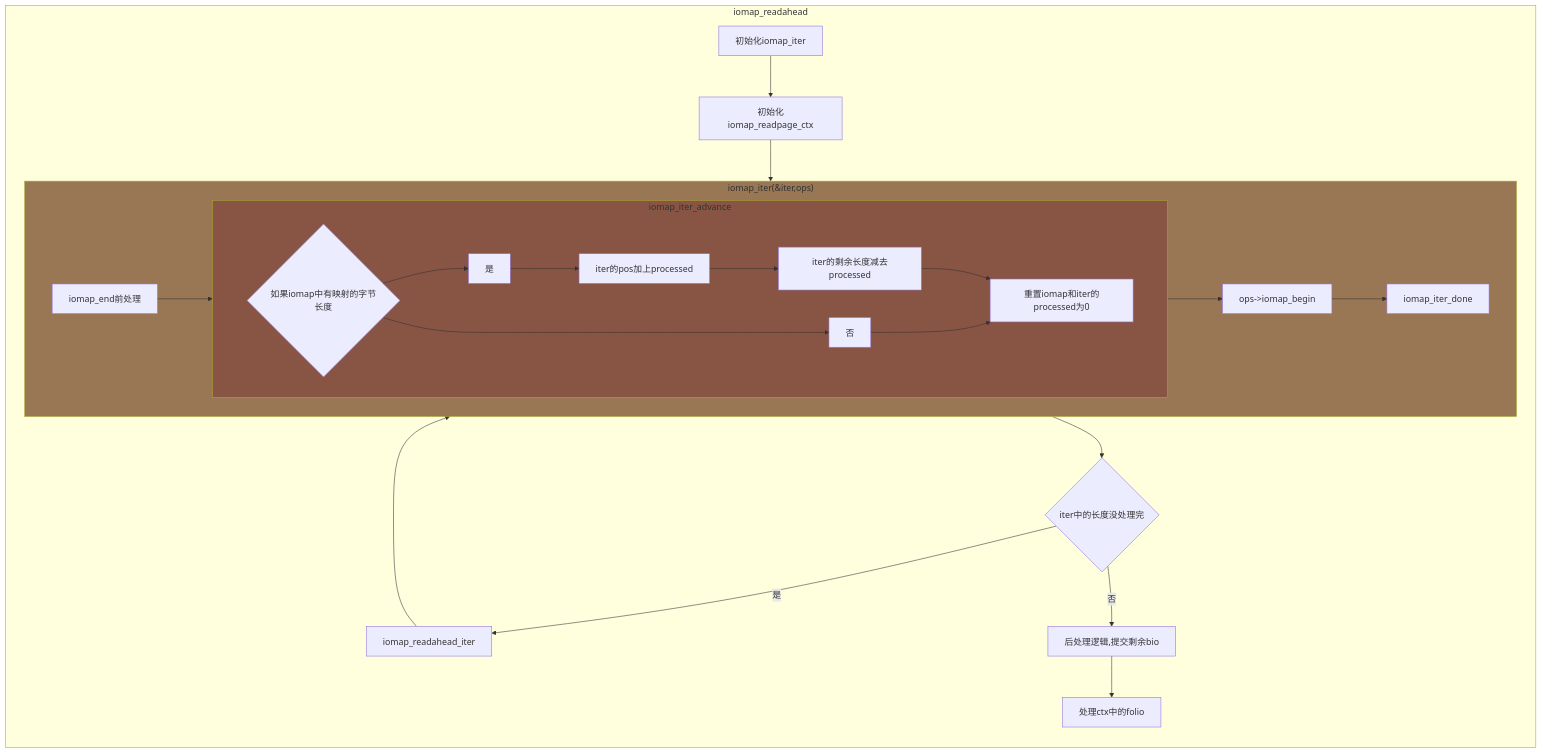
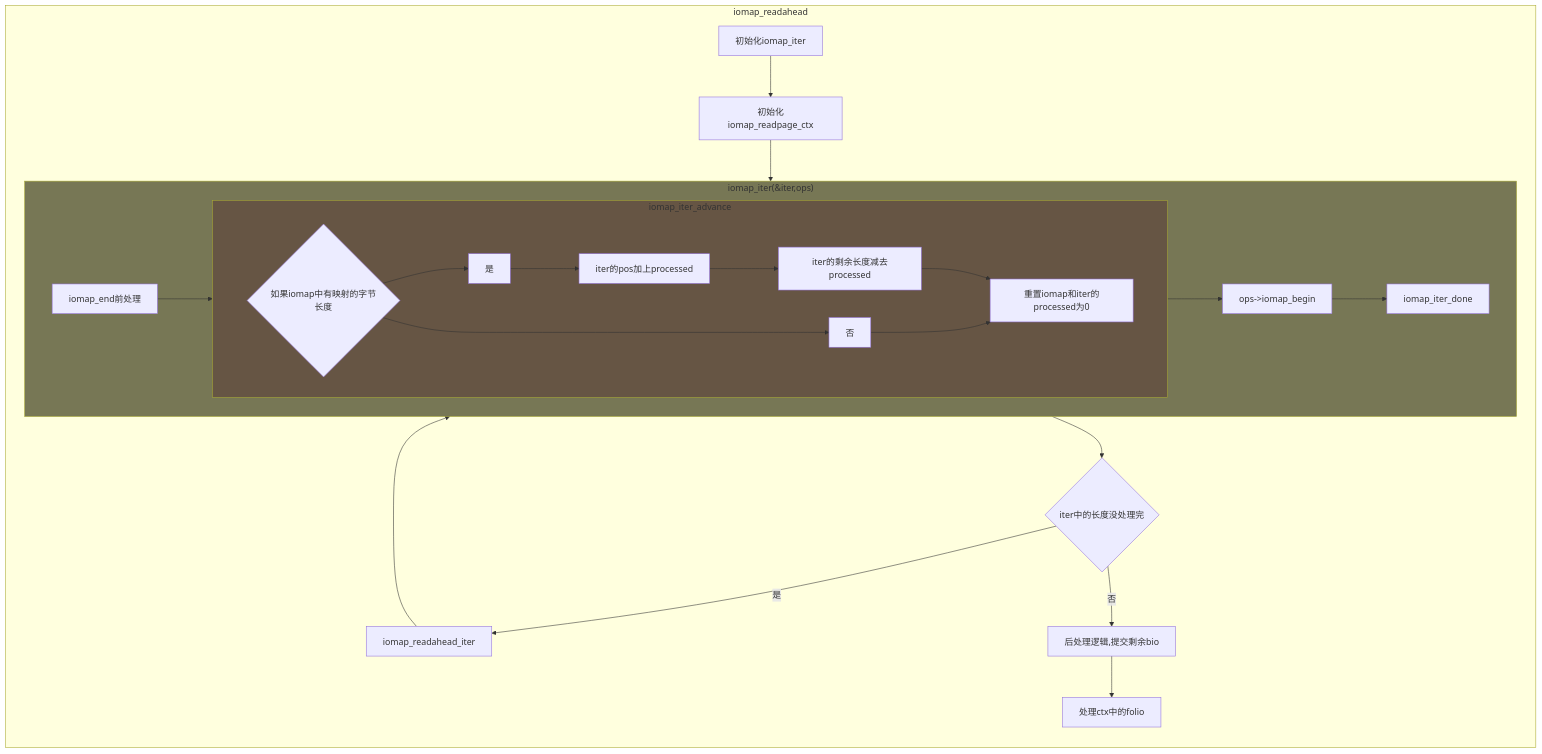
The diagram in 6.13.1内核文档注释/fs/iomap/buffered_io.c/README.md (sigmanature/learn_os_note), drawn with Mermaid before and after one commit.

````diff
--- a/6.13.1内核文档注释/fs/iomap/buffered_io.c/README.md
+++ b/6.13.1内核文档注释/fs/iomap/buffered_io.c/README.md
@@ -2,20 +2,20 @@
 ```mermaid
 graph LR
     subgraph c[iomap_iter_advance]
         1{如果iomap中有映射的字节长度}
         1-->是-->iter的pos加上processed-->iter的剩余长度减去processed-->2[重置iomap和iter的processed为0]
         1-->否-->2
     end
     subgraph b["iomap_iter(&iter,ops)"]
         G[iomap_end前处理]-->c-->I["ops->iomap_begin"]-->J[iomap_iter_done]
     end
-    style b fill:#975
-    style c fill:#854
+    style b fill:#775
+    style c fill:#654
     subgraph a[iomap_readahead]
         A[初始化iomap_iter]-->B[初始化iomap_readpage_ctx]-->b-->C{"iter中的长度没处理完"}
         C--是-->D[iomap_readahead_iter]-->b
         C--否-->E[后处理逻辑,提交剩余bio]-->F[处理ctx中的folio]
     end
     
 click A "https://github.com/sigmanature/learn_os_note/blob/main/6.13.1%E5%86%85%E6%A0%B8%E6%96%87%E6%A1%A3%E6%B3%A8%E9%87%8A/include/linux/iomap.h/struct_iomap_iter.md"
 ```
````
